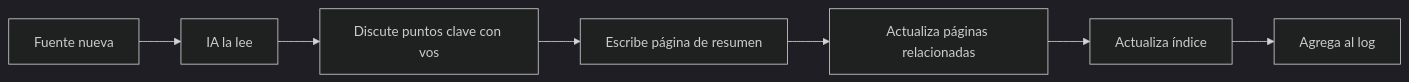
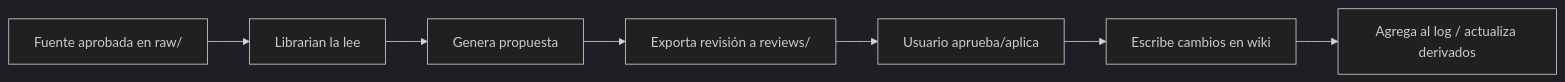
One commit to developerjeremylive/second-brain-ecosystem-etheroi changed the fourth of 7 diagrams in second-brain/guides/es/07-next-level-with-ai.md. Above: the diagram before and after it, drawn with Mermaid (dark theme). The commit also changed other lines of this file and 12 other files, not shown here.

First line of the commit message:
docs: align ecosystem to consent-boundary architecture

````diff
--- a/second-brain/guides/es/07-next-level-with-ai.md
+++ b/second-brain/guides/es/07-next-level-with-ai.md
@@ -157,9 +157,9 @@
 ```mermaid
 flowchart LR
-    S[Fuente nueva] --> R[IA la lee]
-    R --> D[Discute puntos clave con vos]
-    D --> W[Escribe página de resumen]
-    W --> U[Actualiza páginas relacionadas]
-    U --> I[Actualiza índice]
-    I --> L[Agrega al log]
+    S[Fuente aprobada en raw/] --> R[Librarian la lee]
+    R --> P[Genera propuesta]
+    P --> V[Exporta revisión a reviews/]
+    V --> A[Usuario aprueba/aplica]
+    A --> W[Escribe cambios en wiki]
+    W --> L[Agrega al log / actualiza derivados]
 ```
````
